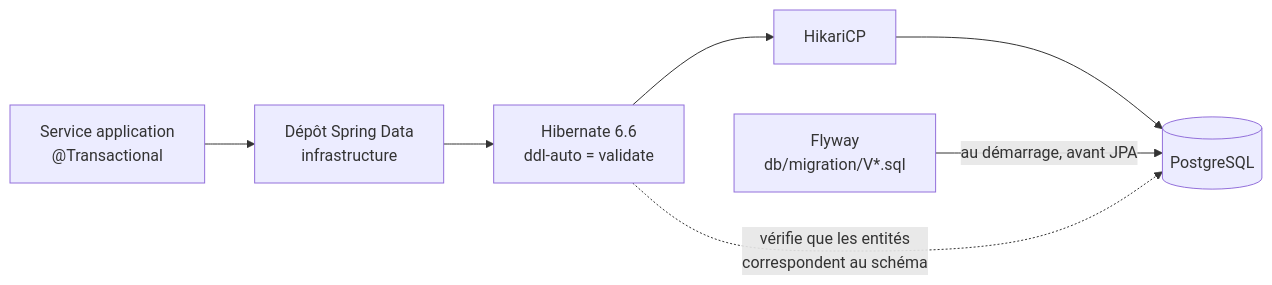
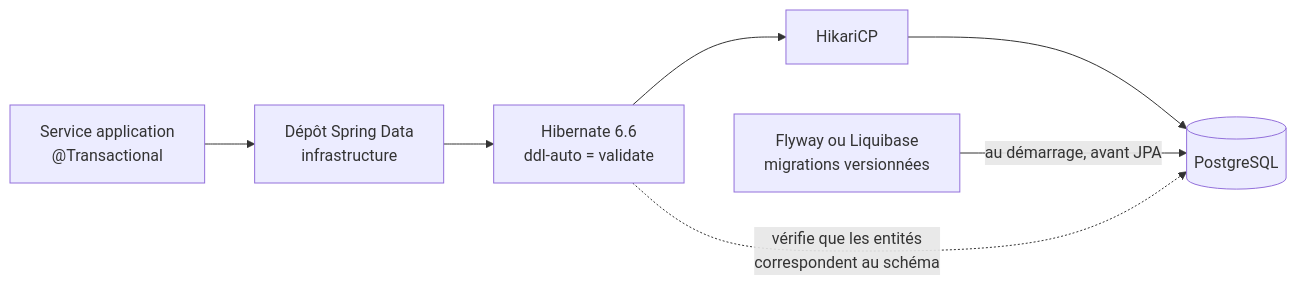
Before and after one commit to FredGarcia/Agent2Prompt: the first of 2 diagrams in specs/expert-java/modules/persistance/SKILL.md, drawn with Mermaid. The commit also changed other lines of this file and 5 other files, not shown here.

First line of the commit message:
spec(expert-java): version 1.1.0, migrations Flyway ou Liquibase

````diff
--- a/specs/expert-java/modules/persistance/SKILL.md
+++ b/specs/expert-java/modules/persistance/SKILL.md
@@ -14,9 +14,9 @@
 ```mermaid
 flowchart LR
   SVC["Service application<br/>@Transactional"] --> REPO["Dépôt Spring Data<br/>infrastructure"]
   REPO --> HIB["Hibernate 6.6<br/>ddl-auto = validate"]
   HIB --> POOL["HikariCP"]
   POOL --> PG[("PostgreSQL")]
-  FLY["Flyway<br/>db/migration/V*.sql"] -->|"au démarrage, avant JPA"| PG
+  FLY["Flyway ou Liquibase<br/>migrations versionnées"] -->|"au démarrage, avant JPA"| PG
   HIB -.->|"vérifie que les entités<br/>correspondent au schéma"| PG
 ```
````
